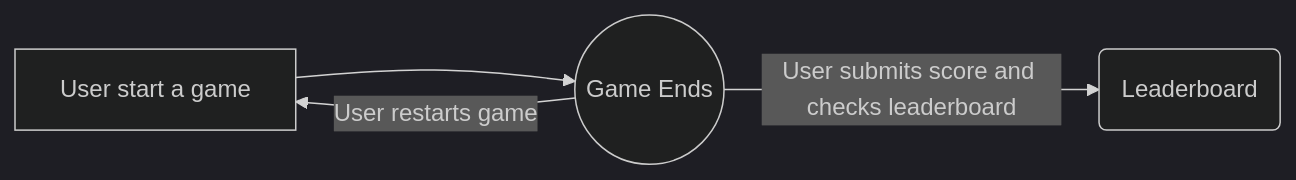
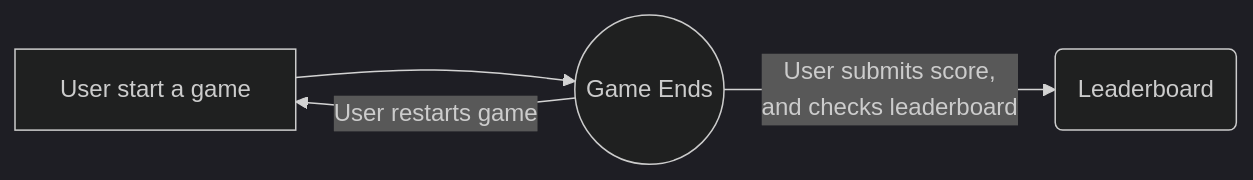
The diagram in README.md (tiggercwh/catcher), drawn with Mermaid (dark theme) before and after one commit. The commit also changed other lines of this file, not shown here.

````diff
--- a/README.md
+++ b/README.md
@@ -39,6 +33,6 @@
 ```mermaid
 graph LR
 A[User start a game]  --> B((Game Ends))
 B -- User restarts game --> A
-B -- User submits score and checks leaderboard--> C(Leaderboard)
+B -- User submits score, <br/> and checks leaderboard --> C(Leaderboard)
 ```
````
